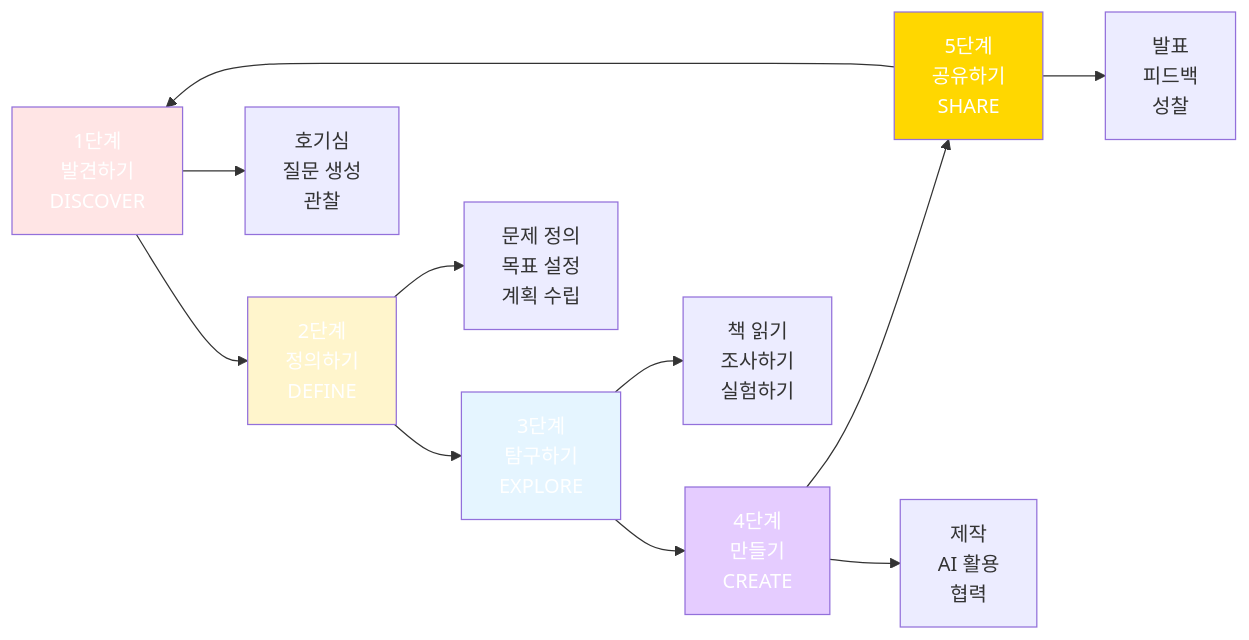
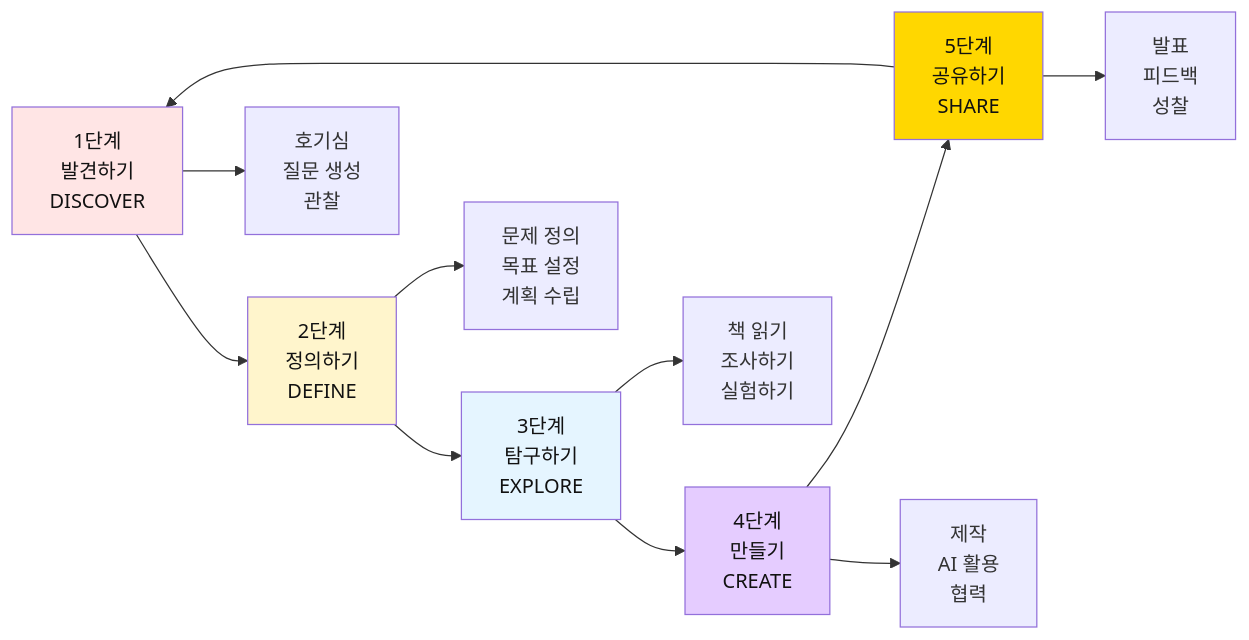
The third of 30 diagrams in 4단계_프뢰벨_프로젝트기반_교육과정.md (Collegenie-X/froebel), drawn with Mermaid before and after one commit. The commit also changed other lines of this file and 3 other files, not shown here.

````diff
--- a/4단계_프뢰벨_프로젝트기반_교육과정.md
+++ b/4단계_프뢰벨_프로젝트기반_교육과정.md
@@ -89,20 +89,20 @@
 ```mermaid
 graph LR
     A[1단계<br/>발견하기<br/>DISCOVER] --> B[2단계<br/>정의하기<br/>DEFINE]
     B --> C[3단계<br/>탐구하기<br/>EXPLORE]
     C --> D[4단계<br/>만들기<br/>CREATE]
     D --> E[5단계<br/>공유하기<br/>SHARE]
     E --> A
     
     A --> A1[호기심<br/>질문 생성<br/>관찰]
     B --> B1[문제 정의<br/>목표 설정<br/>계획 수립]
     C --> C1[책 읽기<br/>조사하기<br/>실험하기]
     D --> D1[제작<br/>AI 활용<br/>협력]
     E --> E1[발표<br/>피드백<br/>성찰]
     
-    style A fill:#FFE5E5,color:#fff
-    style B fill:#FFF5CC,color:#fff
-    style C fill:#E5F5FF,color:#fff
-    style D fill:#E5CCFF,color:#fff
-    style E fill:#FFD700,color:#fff
+    style A fill:#FFE5E5,color:#111
+    style B fill:#FFF5CC,color:#111
+    style C fill:#E5F5FF,color:#111
+    style D fill:#E5CCFF,color:#111
+    style E fill:#FFD700,color:#111
 ```
````
